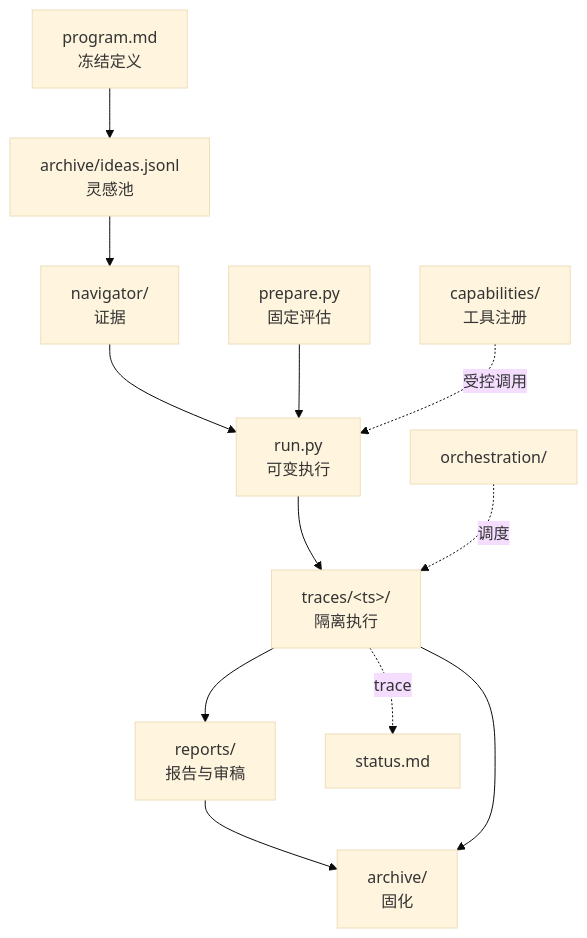
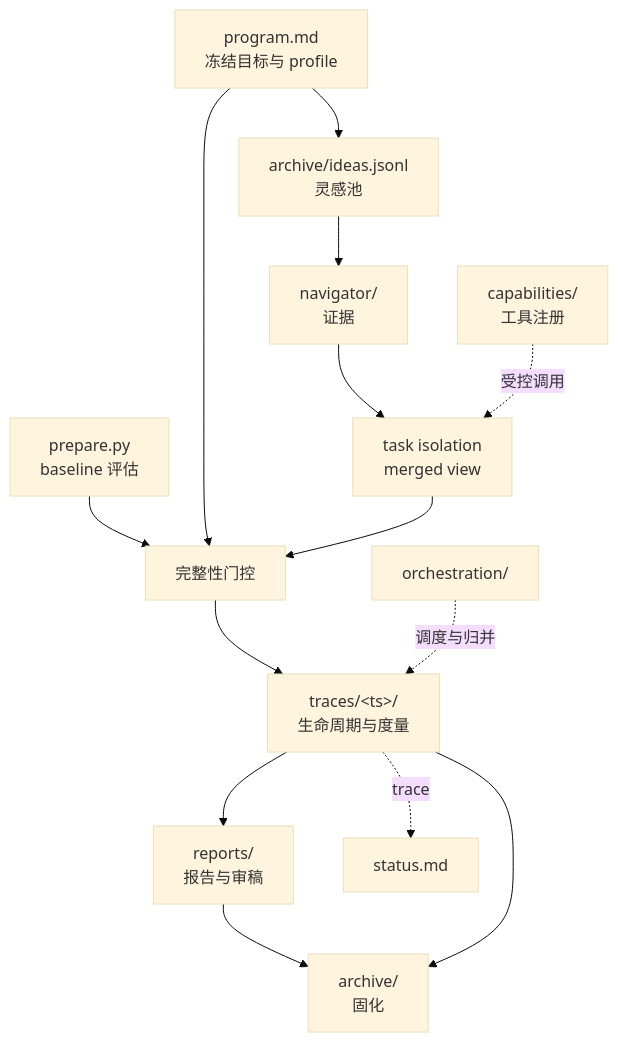
One commit to dbydd/research-flywheel changed the diagram in template/01-workspace-layout.md. Above: the diagram before and after it, drawn with Mermaid (base theme). The commit also changed other lines of this file and 905 other files, not shown here.

````diff
--- a/template/01-workspace-layout.md
+++ b/template/01-workspace-layout.md
@@ -57,14 +61,15 @@
 ```mermaid
 flowchart TD
-    Prog[program.md<br/>冻结定义] --> Ideas[archive/ideas.jsonl<br/>灵感池]
+    Prog[program.md<br/>冻结目标与 profile] --> Ideas[archive/ideas.jsonl<br/>灵感池]
     Ideas --> Nav[navigator/<br/>证据]
-    Nav --> Run[run.py<br/>可变执行]
-    Prep[prepare.py<br/>固定评估] --> Run
-    Run --> Traces[traces/&lt;ts&gt;/<br/>隔离执行]
+    Nav --> Iso[task isolation<br/>merged view]
+    Prep[prepare.py<br/>baseline 评估] --> Gate[完整性门控]
+    Prog --> Gate
+    Iso --> Gate --> Traces[traces/&lt;ts&gt;/<br/>生命周期与度量]
     Traces --> Reports[reports/<br/>报告与审稿]
     Reports --> Archive[archive/<br/>固化]
     Traces --> Archive
-    Cap[capabilities/<br/>工具注册] -.受控调用.-> Run
-    Orch[orchestration/] -.调度.-> Traces
+    Cap[capabilities/<br/>工具注册] -.受控调用.-> Iso
+    Orch[orchestration/] -.调度与归并.-> Traces
     Traces -.trace.-> Status[status.md]
 ```
````
